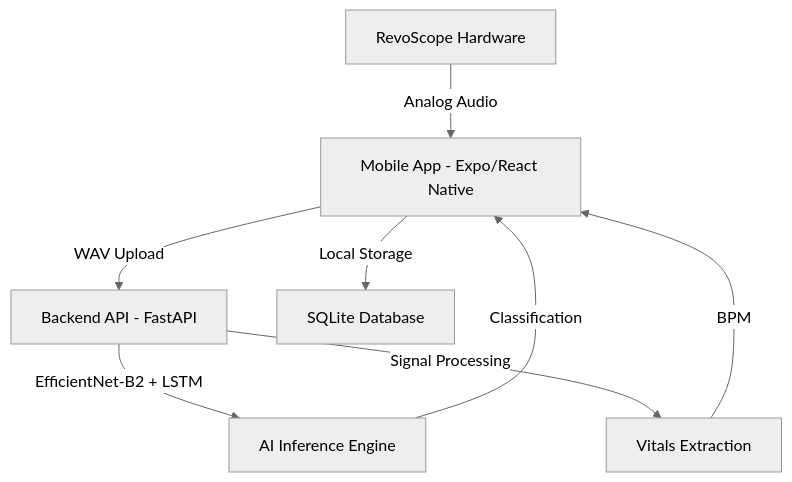
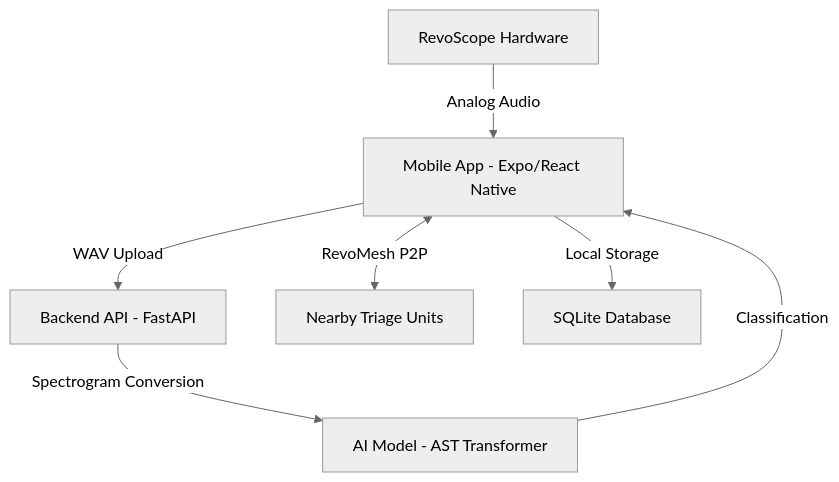
The diagram in README.md (Dzyreee/RevoScope-LifeLine), drawn with Mermaid (neutral theme) before and after one commit. The commit also changed other lines of this file, not shown here.

````diff
--- a/README.md
+++ b/README.md
@@ -20,10 +20,9 @@
 ```mermaid
 graph TD
     A[RevoScope Hardware] -->|Analog Audio| B[Mobile App - Expo/React Native]
     B -->|WAV Upload| C[Backend API - FastAPI]
-    C -->|EfficientNet-B2 + LSTM| D[AI Inference Engine]
-    C -->|Signal Processing| E[Vitals Extraction]
+    C -->|Spectrogram Conversion| D[AI Model - AST Transformer]
     D -->|Classification| B
-    E -->|BPM| B
+    B <-->|RevoMesh P2P| E[Nearby Triage Units]
     B -->|Local Storage| F[SQLite Database]
 ```
````
